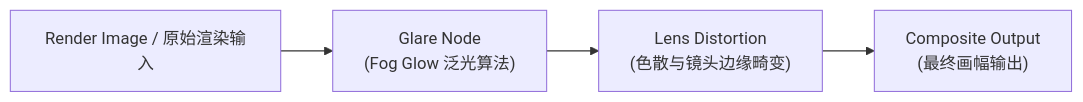
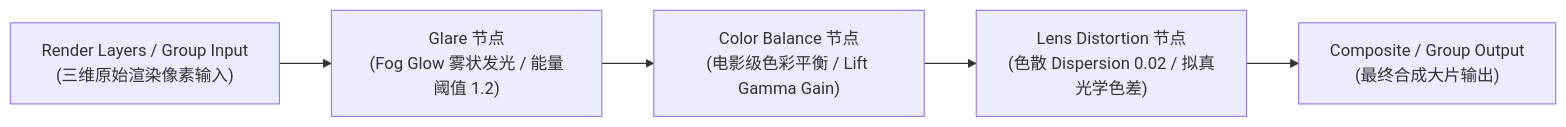
The diagram in tutorials/08_compositing/README.md (CestcaVision/blender-2hr-progressive-tutorial), drawn with Mermaid before and after one commit. The commit also changed other lines of this file and 18 other files, not shown here.

Commit message:
feat: complete master shortcuts index & compositor color balance node for Issue #10

````diff
--- a/tutorials/08_compositing/README.md
+++ b/tutorials/08_compositing/README.md
@@ -20,6 +20,7 @@
 ```mermaid
 graph LR
-    Input["Render Image / 原始渲染输入"] --> Glare["Glare Node\n(Fog Glow 泛光算法)"]
-    Glare --> Lens["Lens Distortion\n(色散与镜头边缘畸变)"]
-    Lens --> Output["Composite Output\n(最终画幅输出)"]
+    RenderLayer["Render Layers / Group Input\n(三维原始渲染像素输入)"] --> Glare["Glare 节点\n(Fog Glow 雾状发光 / 能量阈值 1.2)"]
+    Glare --> ColorBal["Color Balance 节点\n(电影级色彩平衡 / Lift Gamma Gain)"]
+    ColorBal --> LensDist["Lens Distortion 节点\n(色散 Dispersion 0.02 / 拟真光学色差)"]
+    LensDist --> Output["Composite / Group Output\n(最终合成大片输出)"]
 ```
````
